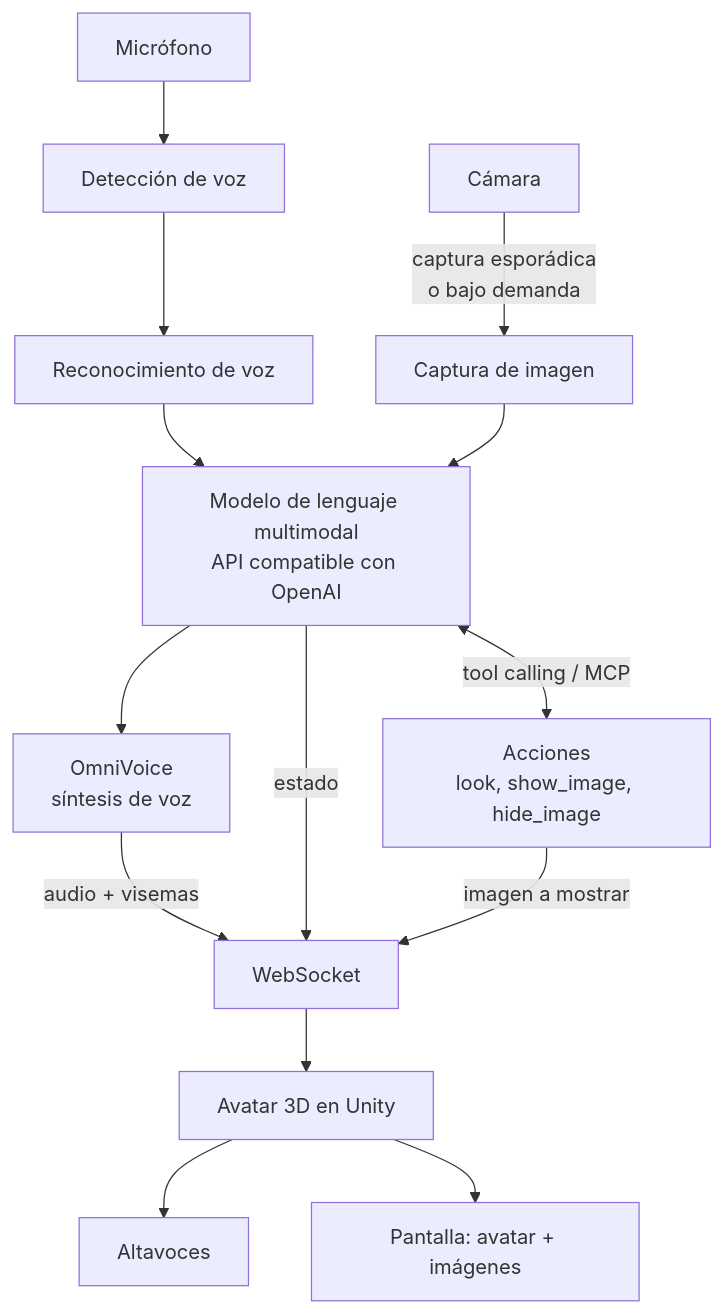
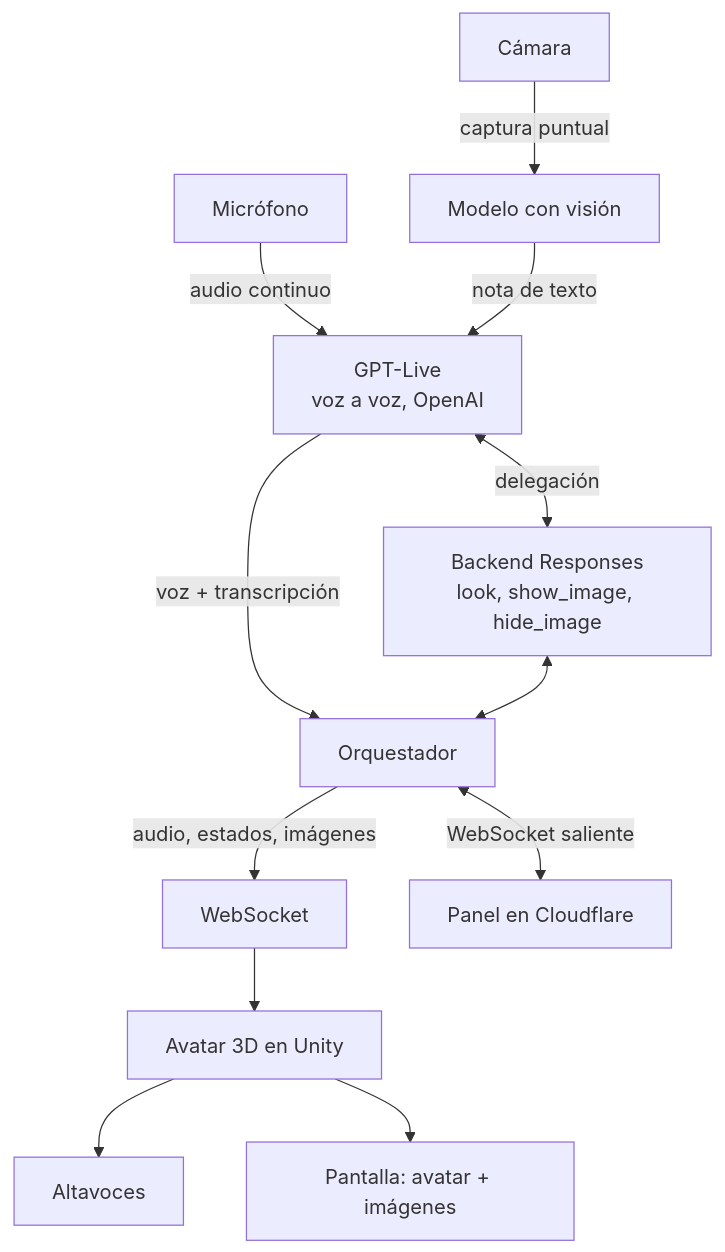
The diagram in README.md (Sonnet-Code/sonnia-sdk), drawn with Mermaid before and after one commit. The commit also changed other lines of this file and 101 other files, not shown here.

First line of the commit message:
Delete the cascade engine and leave GPT-Live as the only engine

````diff
--- a/README.md
+++ b/README.md
@@ -24,16 +26,14 @@
 ```mermaid
 flowchart TB
-    Mic[Micrófono] --> VAD[Detección de voz]
-    VAD --> STT[Reconocimiento de voz]
-    Cam[Cámara] -->|captura esporádica<br/>o bajo demanda| Vision[Captura de imagen]
-    STT --> LLM[Modelo de lenguaje multimodal<br/>API compatible con OpenAI]
-    Vision --> LLM
-    LLM <-->|tool calling / MCP| Actions[Acciones<br/>look, show_image, hide_image]
-    LLM --> TTS[OmniVoice<br/>síntesis de voz]
-    TTS -->|audio + visemas| WS[WebSocket]
-    LLM -->|estado| WS
-    Actions -->|imagen a mostrar| WS
+    Mic[Micrófono] -->|audio continuo| Live[GPT-Live<br/>voz a voz, OpenAI]
+    Live -->|voz + transcripción| Orq[Orquestador]
+    Live <-->|delegación| Backend[Backend Responses<br/>look, show_image, hide_image]
+    Backend <--> Orq
+    Cam[Cámara] -->|captura puntual| Vision[Modelo con visión]
+    Vision -->|nota de texto| Live
+    Orq -->|audio, estados, imágenes| WS[WebSocket]
     WS --> Unity[Avatar 3D en Unity]
     Unity --> Speakers[Altavoces]
     Unity --> Screen[Pantalla: avatar + imágenes]
+    Orq <-->|WebSocket saliente| Panel[Panel en Cloudflare]
 ```
````
